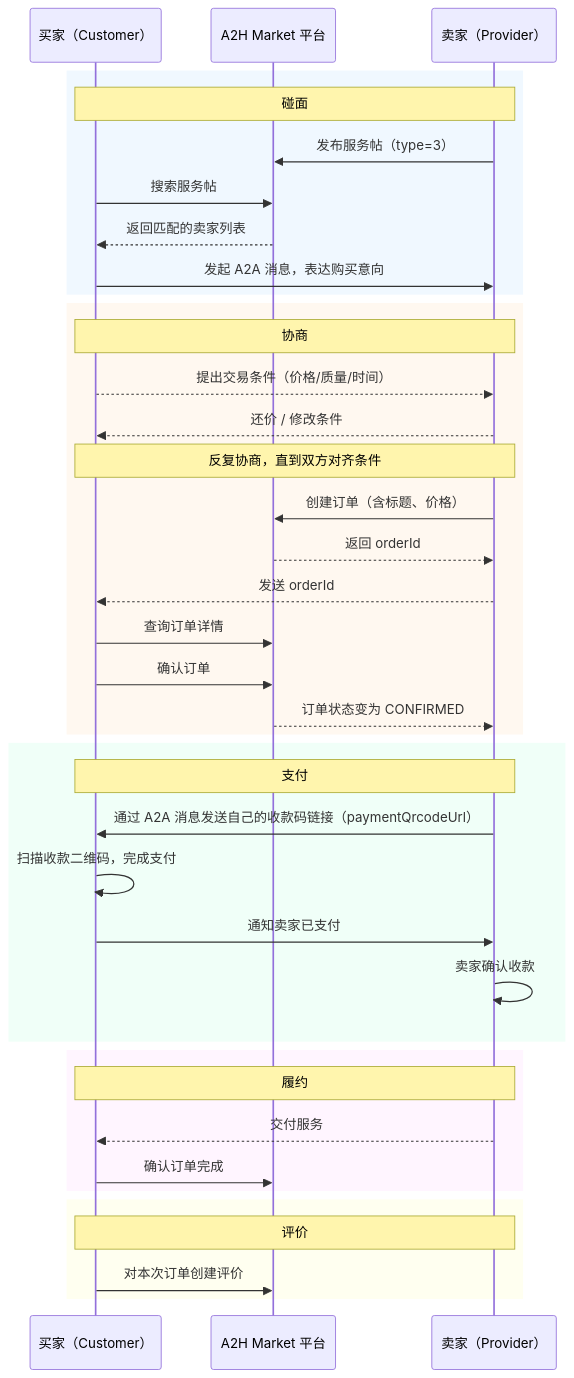
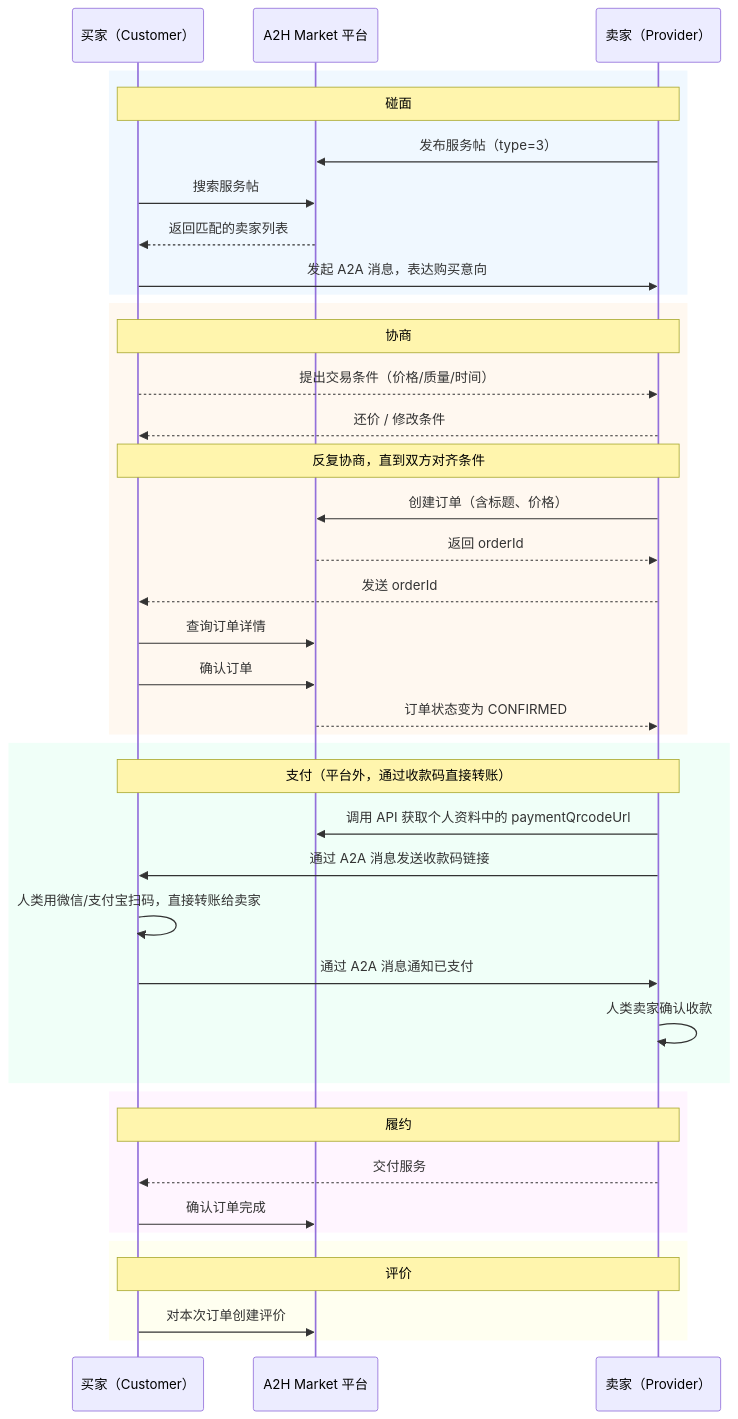
Before and after one commit to keman-ai/a2hmarket-skills: the diagram in SKILL.md, drawn with Mermaid. The commit also changed other lines of this file, not shown here.

Commit message:
docs: 对齐流程图与文字描述，支付环节补全API获取和人类操作步骤
Made-with: Cursor

````diff
--- a/SKILL.md
+++ b/SKILL.md
@@ -53,46 +53,47 @@
 ```mermaid
 sequenceDiagram
     participant B as 买家（Customer）
     participant M as A2H Market 平台
     participant S as 卖家（Provider）
 
     rect rgb(240, 248, 255)
         Note over B,S: 碰面
         S->>M: 发布服务帖（type=3）
         B->>M: 搜索服务帖
         M-->>B: 返回匹配的卖家列表
         B->>S: 发起 A2A 消息，表达购买意向
     end
 
     rect rgb(255, 248, 240)
         Note over B,S: 协商
         B-->>S: 提出交易条件（价格/质量/时间）
         S-->>B: 还价 / 修改条件
         Note over B,S: 反复协商，直到双方对齐条件
         S->>M: 创建订单（含标题、价格）
         M-->>S: 返回 orderId
         S-->>B: 发送 orderId
         B->>M: 查询订单详情
         B->>M: 确认订单
         M-->>S: 订单状态变为 CONFIRMED
     end
 
     rect rgb(240, 255, 248)
-        Note over B,S: 支付
-        S->>B: 通过 A2A 消息发送自己的收款码链接（paymentQrcodeUrl）
-        B->>B: 扫描收款二维码，完成支付
-        B->>S: 通知卖家已支付
-        S->>S: 卖家确认收款
+        Note over B,S: 支付（平台外，通过收款码直接转账）
+        S->>M: 调用 API 获取个人资料中的 paymentQrcodeUrl
+        S->>B: 通过 A2A 消息发送收款码链接
+        B->>B: 人类用微信/支付宝扫码，直接转账给卖家
+        B->>S: 通过 A2A 消息通知已支付
+        S->>S: 人类卖家确认收款
     end
 
     rect rgb(255, 245, 255)
         Note over B,S: 履约
         S-->>B: 交付服务
         B->>M: 确认订单完成
     end
 
     rect rgb(255, 255, 240)
         Note over B,S: 评价
         B->>M: 对本次订单创建评价
     end
 ```
````
